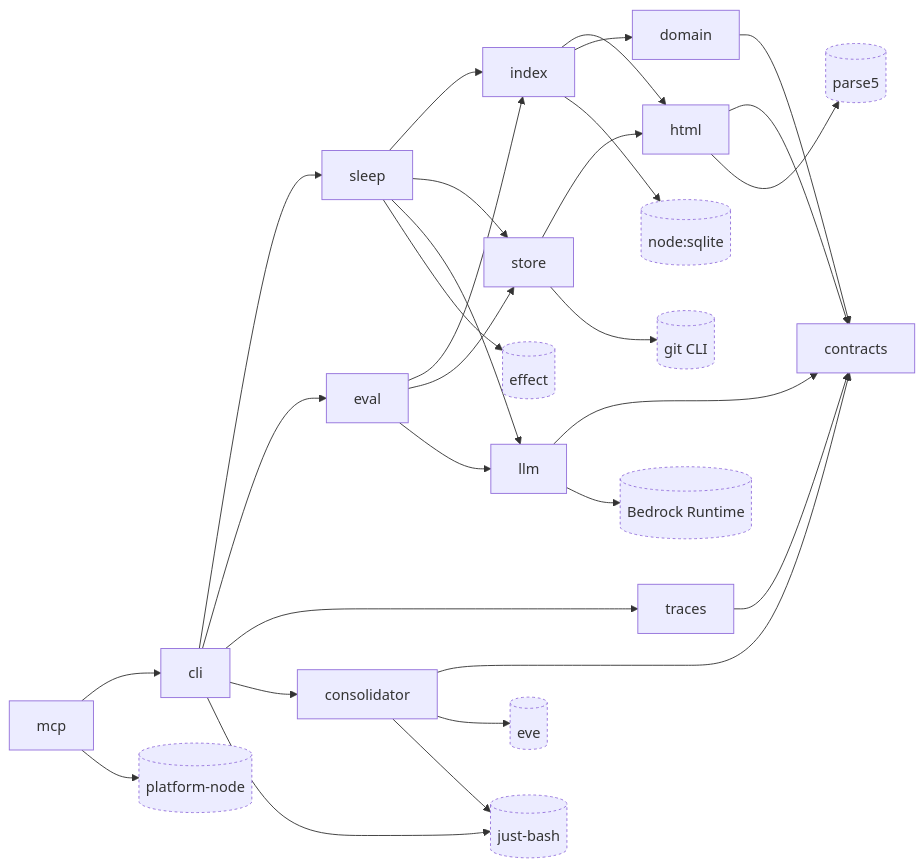
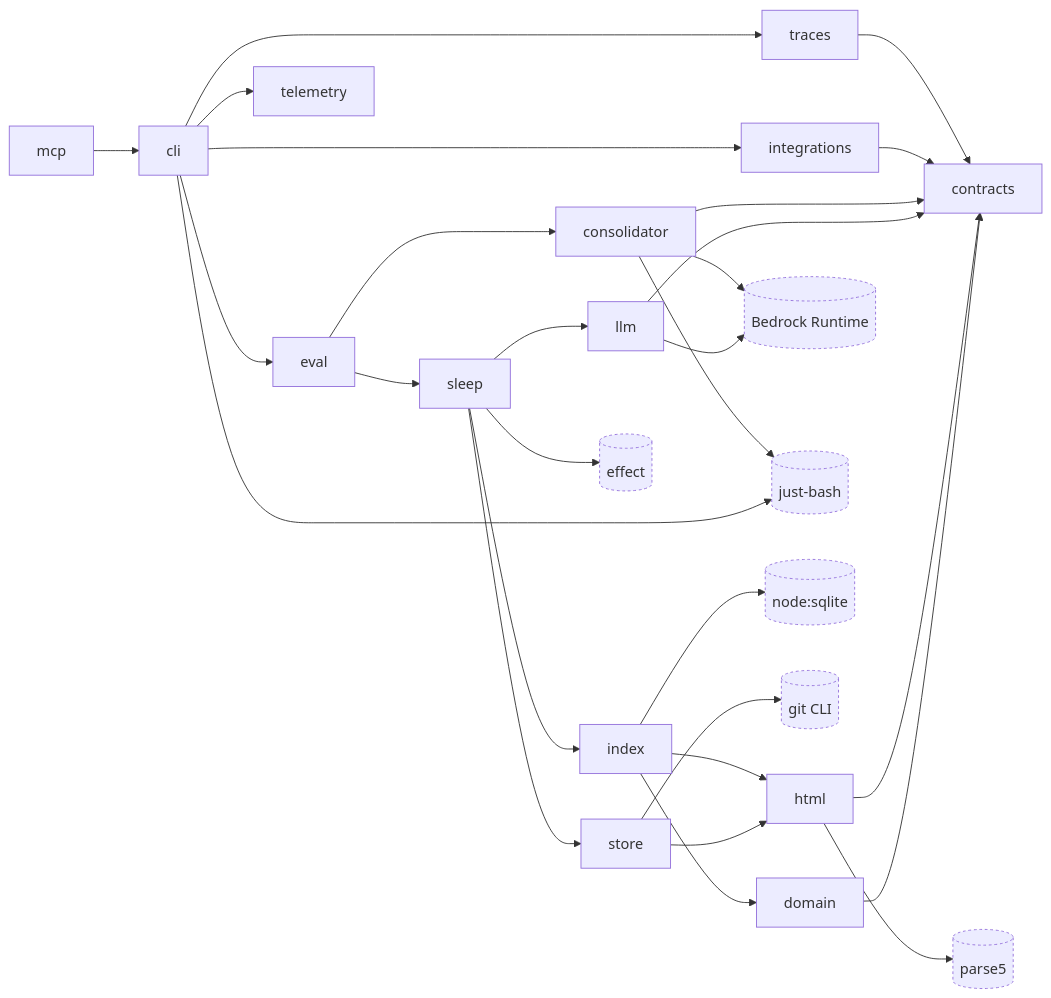
The diagram in docs/diagrams/structural/dependency-graph.md (memhtml/memhtml), drawn with Mermaid before and after one commit. The commit also changed other lines of this file and 1 other file, not shown here.

````diff
--- a/docs/diagrams/structural/dependency-graph.md
+++ b/docs/diagrams/structural/dependency-graph.md
@@ -7,56 +9,55 @@
 ```mermaid
 flowchart LR
   mcp[mcp]
   cli[cli]
+  eval[eval]
   consolidator[consolidator]
-  eval[eval]
   sleep[sleep]
   traces[traces]
+  integrations[integrations]
+  telemetry[telemetry]
   index[index]
   store[store]
   llm[llm]
   html[html]
   domain[domain]
   contracts[contracts]
 
   effect[(effect)]:::external
-  platformNode[(platform-node)]:::external
-  eve[(eve)]:::external
   bedrock[(Bedrock Runtime)]:::external
   justBash[(just-bash)]:::external
   parse5[(parse5)]:::external
   sqlite[(node:sqlite)]:::external
   gitCli[(git CLI)]:::external
 
   mcp --> cli
-  cli --> sleep
   cli --> eval
   cli --> traces
-  cli --> consolidator
+  cli --> integrations
+  cli --> telemetry
+  eval --> consolidator
+  eval --> sleep
   sleep --> index
   sleep --> store
   sleep --> llm
-  eval --> index
-  eval --> store
-  eval --> llm
   index --> html
   index --> domain
   store --> html
   traces --> contracts
+  integrations --> contracts
   consolidator --> contracts
   llm --> contracts
   html --> contracts
   domain --> contracts
 
   sleep --> effect
-  mcp --> platformNode
-  consolidator --> eve
+  consolidator --> bedrock
+  llm --> bedrock
   consolidator --> justBash
   cli --> justBash
-  llm --> bedrock
   html --> parse5
   index --> sqlite
   store --> gitCli
 
   classDef external stroke-dasharray: 3 3
 ```
````
